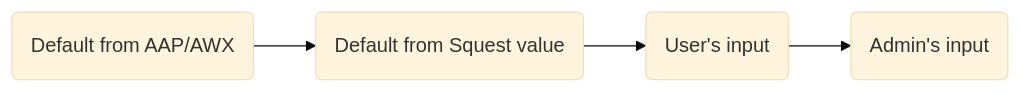
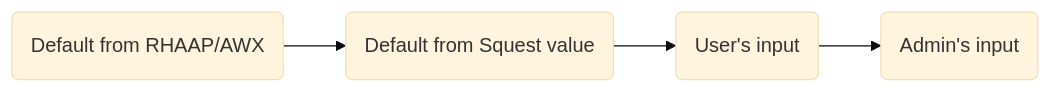
One commit to HewlettPackard/squest changed the second of 2 diagrams in docs/manual/service_catalog/operation.md. Above: the diagram before and after it, drawn with Mermaid (base theme). The commit also changed other lines of this file and 16 other files, not shown here.

Commit message:
rename AAP --> RHAAP

````diff
--- a/docs/manual/service_catalog/operation.md
+++ b/docs/manual/service_catalog/operation.md
@@ -128,4 +128,4 @@
 ```mermaid
 flowchart LR
-    AAP/AWX(Default from AAP/AWX) --> squest(Default from Squest value) --> User(User's input)  --> Admin(Admin's input)
+    RHAAP/AWX(Default from RHAAP/AWX) --> squest(Default from Squest value) --> User(User's input)  --> Admin(Admin's input)
 ```
````
